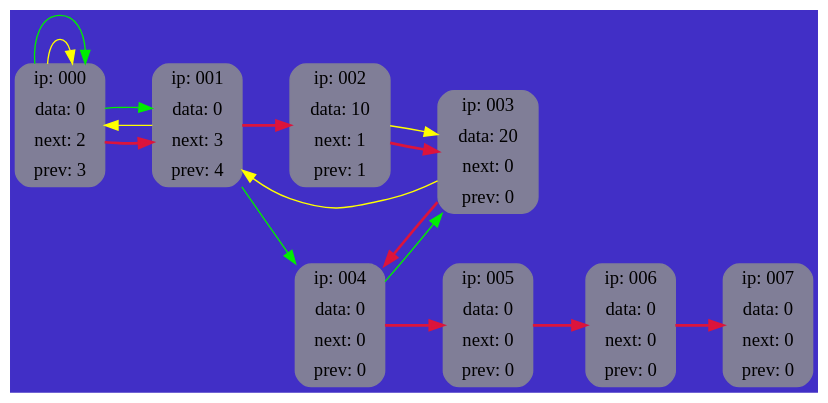
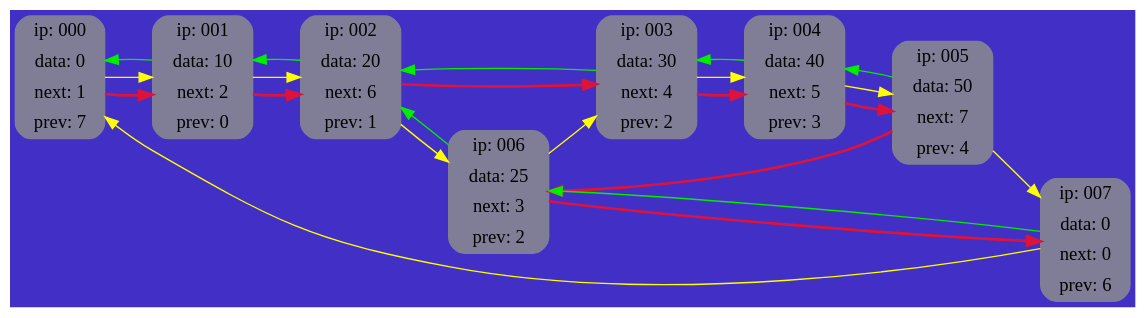
The diagram in run/graphviz.gv (kirilldok/List), drawn with Graphviz before and after one commit. The commit also changed 18 other files, not shown here.

```diff
--- a/run/graphviz.gv
+++ b/run/graphviz.gv
@@ -1,33 +1,40 @@
 digraph List 
 {
 	rankdir = LR;
 	bgcolor = "#412FC6"
 
-	node000 [shape = "Mrecord"; style = "filled"; color = "#807E97"; label = "{ ip: 000} | {data: 0} | {next: 2} | {prev: 3} " ];
-	node001 [shape = "Mrecord"; style = "filled"; color = "#807E97"; label = "{ ip: 001} | {data: 0} | {next: 3} | {prev: 4} " ];
-	node002 [shape = "Mrecord"; style = "filled"; color = "#807E97"; label = "{ ip: 002} | {data: 10} | {next: 1} | {prev: 1} " ];
-	node003 [shape = "Mrecord"; style = "filled"; color = "#807E97"; label = "{ ip: 003} | {data: 20} | {next: 0} | {prev: 0} " ];
-	node004 [shape = "Mrecord"; style = "filled"; color = "#807E97"; label = "{ ip: 004} | {data: 0} | {next: 0} | {prev: 0} " ];
-	node005 [shape = "Mrecord"; style = "filled"; color = "#807E97"; label = "{ ip: 005} | {data: 0} | {next: 0} | {prev: 0} " ];
-	node006 [shape = "Mrecord"; style = "filled"; color = "#807E97"; label = "{ ip: 006} | {data: 0} | {next: 0} | {prev: 0} " ];
-	node007 [shape = "Mrecord"; style = "filled"; color = "#807E97"; label = "{ ip: 007} | {data: 0} | {next: 0} | {prev: 0} " ];
+	node000 [shape = "Mrecord"; style = "filled"; color = "#807E97"; label = "{ ip: 000} | {data: 0} | {next: 1} | {prev: 7} " ];
+	node001 [shape = "Mrecord"; style = "filled"; color = "#807E97"; label = "{ ip: 001} | {data: 10} | {next: 2} | {prev: 0} " ];
+	node002 [shape = "Mrecord"; style = "filled"; color = "#807E97"; label = "{ ip: 002} | {data: 20} | {next: 6} | {prev: 1} " ];
+	node003 [shape = "Mrecord"; style = "filled"; color = "#807E97"; label = "{ ip: 003} | {data: 30} | {next: 4} | {prev: 2} " ];
+	node004 [shape = "Mrecord"; style = "filled"; color = "#807E97"; label = "{ ip: 004} | {data: 40} | {next: 5} | {prev: 3} " ];
+	node005 [shape = "Mrecord"; style = "filled"; color = "#807E97"; label = "{ ip: 005} | {data: 50} | {next: 7} | {prev: 4} " ];
+	node006 [shape = "Mrecord"; style = "filled"; color = "#807E97"; label = "{ ip: 006} | {data: 25} | {next: 3} | {prev: 2} " ];
+	node007 [shape = "Mrecord"; style = "filled"; color = "#807E97"; label = "{ ip: 007} | {data: 0} | {next: 0} | {prev: 6} " ];
 
-	node000 -> node001 [style = bold; weight = 1000; color = crimson; ];
-	node001 -> node002 [style = bold; weight = 1000; color = crimson; ];
-	node002 -> node003 [style = bold; weight = 1000; color = crimson; ];
-	node003 -> node004 [style = bold; weight = 1000; color = crimson; ];
-	node004 -> node005 [style = bold; weight = 1000; color = crimson; ];
-	node005 -> node006 [style = bold; weight = 1000; color = crimson; ];
-	node006 -> node007 [style = bold; weight = 1000; color = crimson; ];
+	node000 -> node001 [style = bold; weight = 10000; color = crimson; ];
+	node001 -> node002 [style = bold; weight = 10000; color = crimson; ];
+	node002 -> node003 [style = bold; weight = 10000; color = crimson; ];
+	node003 -> node004 [style = bold; weight = 10000; color = crimson; ];
+	node004 -> node005 [style = bold; weight = 10000; color = crimson; ];
+	node005 -> node006 [style = bold; weight = 10000; color = crimson; ];
+	node006 -> node007 [style = bold; weight = 10000; color = crimson; ];
 
-	node002 -> node003 [weight = 0; color  = yellow1; ];
-	node003 -> node001 [weight = 0; color  = yellow1; ];
-	node001 -> node000 [weight = 0; color  = yellow1; ];
-	node000 -> node000 [weight = 0; color  = yellow1; ];
+	node000 -> node001 [weight = 0; color  = yellow1; ];
+	node001 -> node002 [weight = 0; color  = yellow1; ];
+	node002 -> node006 [weight = 0; color  = yellow1; ];
+	node003 -> node004 [weight = 0; color  = yellow1; ];
+	node004 -> node005 [weight = 0; color  = yellow1; ];
+	node005 -> node007 [weight = 0; color  = yellow1; ];
+	node006 -> node003 [weight = 0; color  = yellow1; ];
+	node007 -> node000 [weight = 0; color  = yellow1; ];
 
-	node000 -> node000 [weight = 0; color  = green2; ];
-	node000 -> node001 [weight = 0; color  = green2; ];
-	node001 -> node004 [weight = 0; color  = green2; ];
+	node007 -> node006 [weight = 0; color  = green2; ];
+	node006 -> node002 [weight = 0; color  = green2; ];
+	node005 -> node004 [weight = 0; color  = green2; ];
 	node004 -> node003 [weight = 0; color  = green2; ];
+	node003 -> node002 [weight = 0; color  = green2; ];
+	node002 -> node001 [weight = 0; color  = green2; ];
+	node001 -> node000 [weight = 0; color  = green2; ];
 
 }
```
